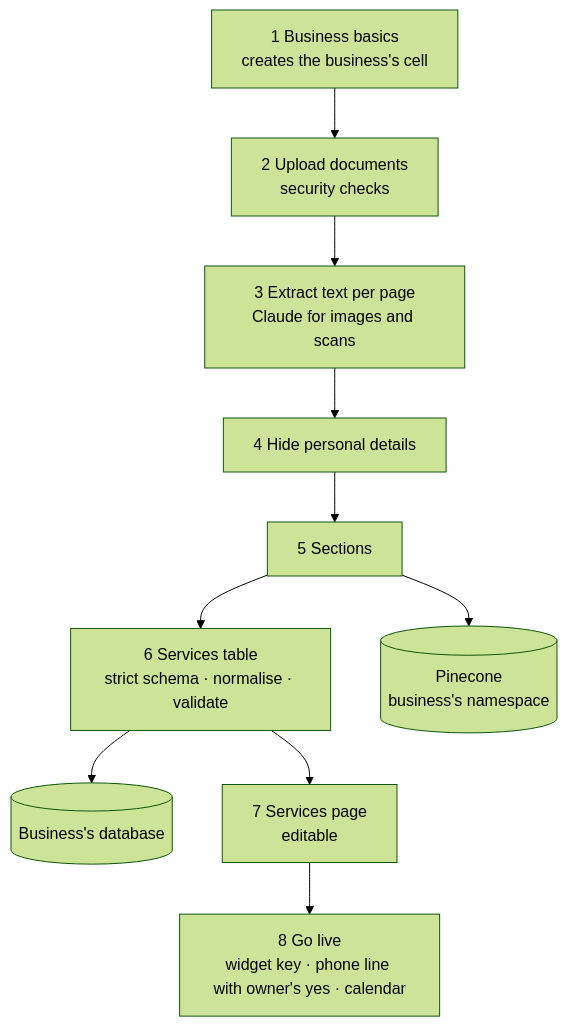
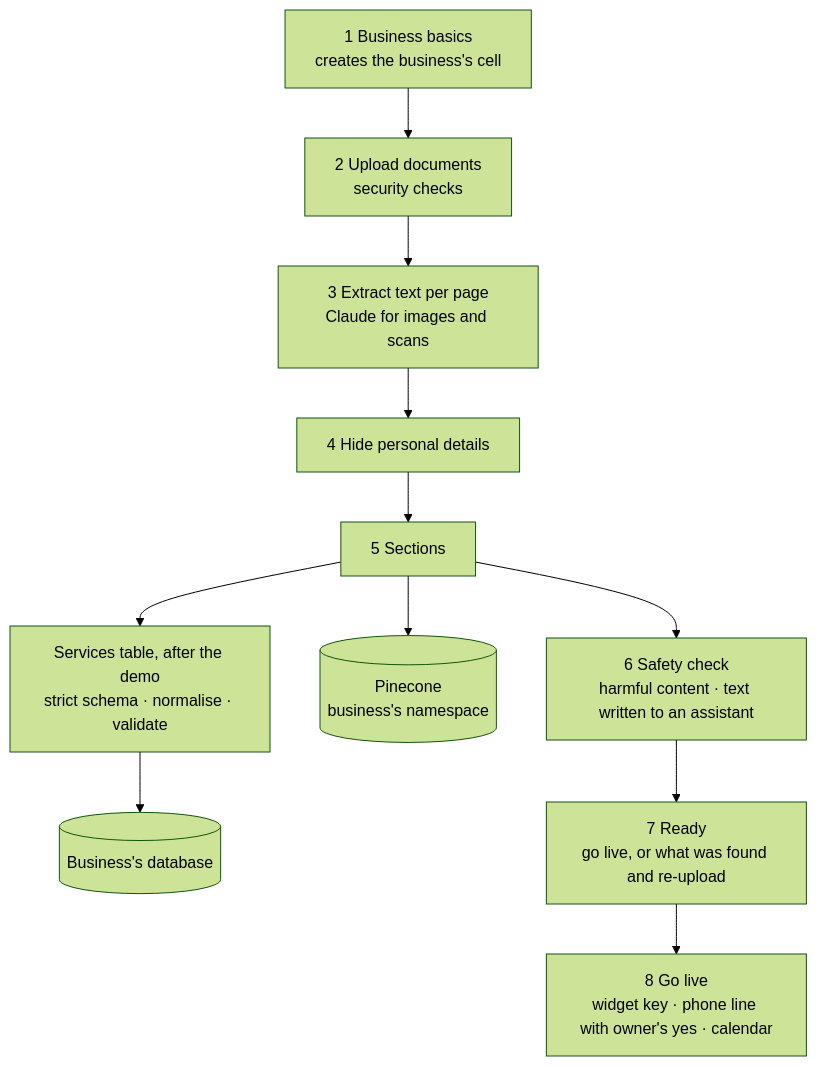
The second of 3 diagrams in docs/PLAN.md (BharathiRaja-Palaniswamy/smartdesk), drawn with Mermaid (forest theme) before and after one commit. The commit also changed other lines of this file and 45 other files, not shown here.

````diff
--- a/docs/PLAN.md
+++ b/docs/PLAN.md
@@ -128,12 +128,13 @@
 ```mermaid
 flowchart TD
   B[1 Business basics<br/>creates the business's cell] --> U[2 Upload documents<br/>security checks]
   U --> X[3 Extract text per page<br/>Claude for images and scans]
   X --> R[4 Hide personal details]
   R --> S[5 Sections]
-  S --> T[6 Services table<br/>strict schema · normalise · validate]
+  S --> T[Services table, after the demo<br/>strict schema · normalise · validate]
   S --> P[(Pinecone<br/>business's namespace)]
   T --> Q[(Business's database)]
-  T --> E[7 Services page<br/>editable]
+  S --> K[6 Safety check<br/>harmful content · text written to an assistant]
+  K --> E[7 Ready<br/>go live, or what was found and re-upload]
   E --> G[8 Go live<br/>widget key · phone line with owner's yes · calendar]
 ```
````
